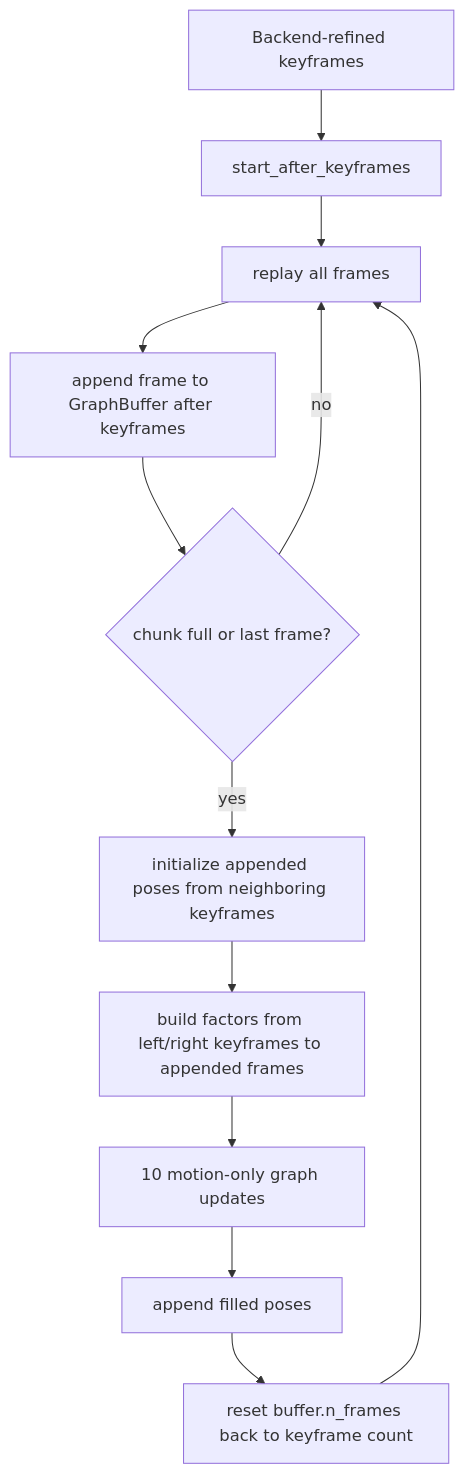
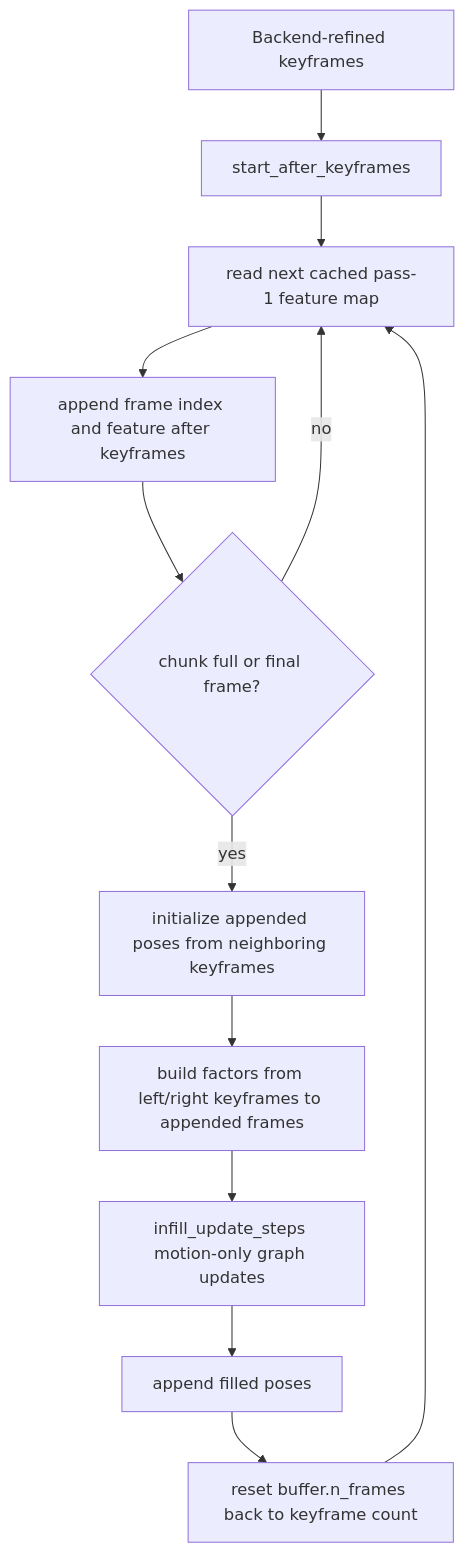
One commit to sadanand1120/vipe changed the fourth of 5 diagrams in fullexplain.md. Above: the diagram before and after it, drawn with Mermaid. The commit also changed other lines of this file and 19 other files, not shown here.

Commit message:
Lean runtime stream and pipeline flow

````diff
--- a/fullexplain.md
+++ b/fullexplain.md
@@ -713,14 +468,14 @@
 ```mermaid
 flowchart TD
     A[Backend-refined keyframes] --> B[start_after_keyframes]
-    B --> C[replay all frames]
-    C --> D[append frame to GraphBuffer after keyframes]
-    D --> E{chunk full or last frame?}
+    B --> C[read next cached pass-1 feature map]
+    C --> D[append frame index and feature after keyframes]
+    D --> E{chunk full or final frame?}
     E -->|no| C
     E -->|yes| F[initialize appended poses from neighboring keyframes]
     F --> G[build factors from left/right keyframes to appended frames]
-    G --> H[10 motion-only graph updates]
+    G --> H[infill_update_steps motion-only graph updates]
     H --> I[append filled poses]
     I --> J[reset buffer.n_frames back to keyframe count]
     J --> C
 ```
````
